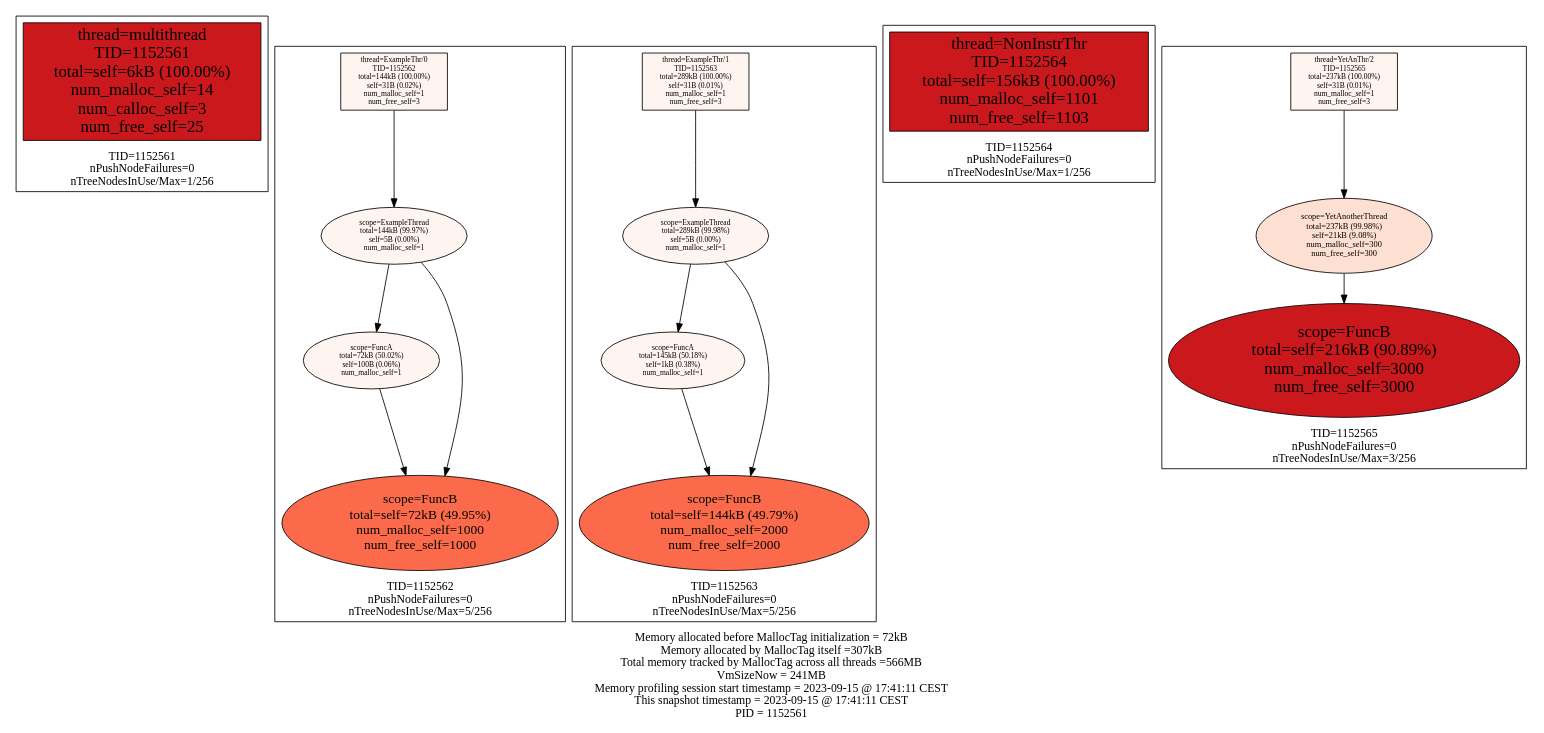
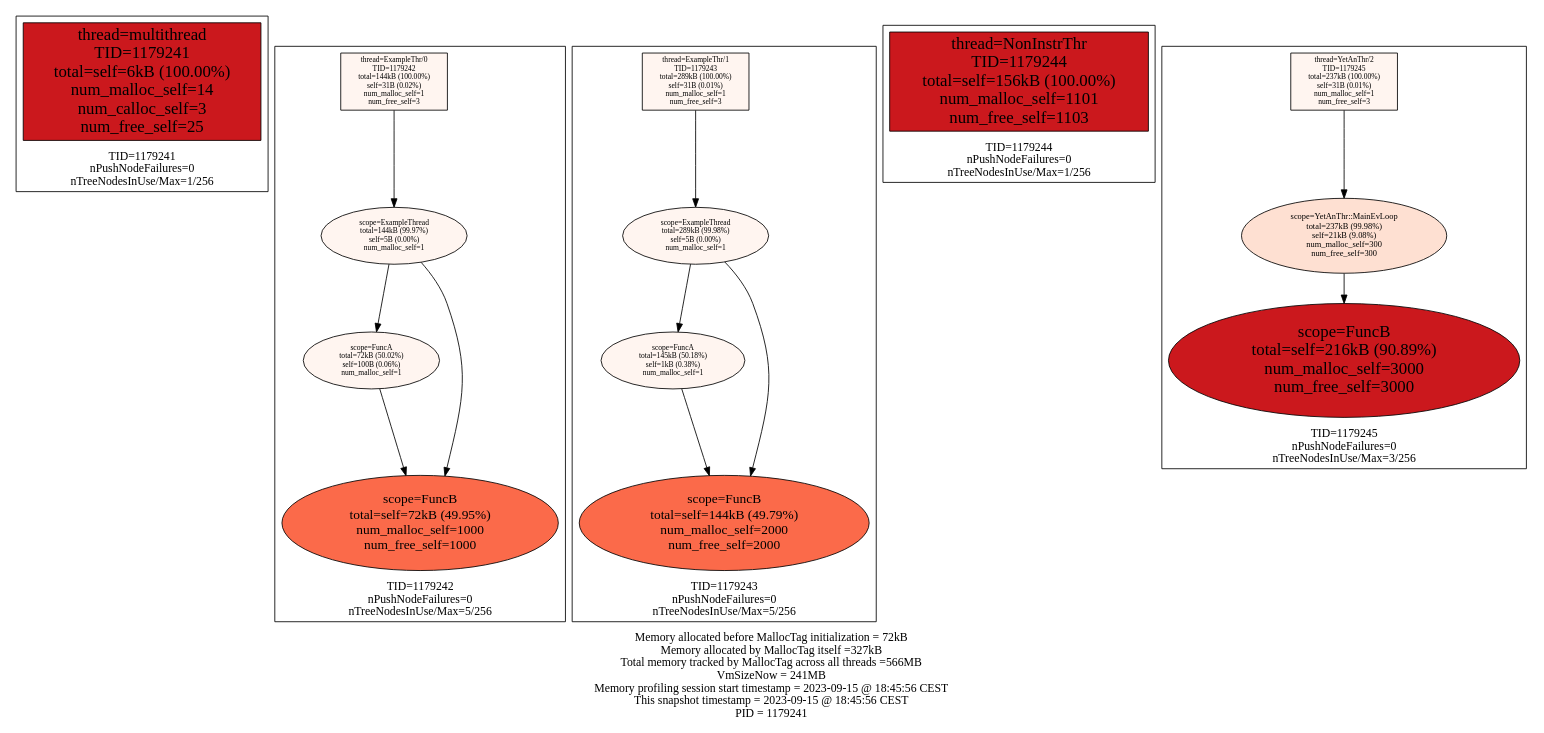
One commit to f18m/malloc-tag changed the diagram in examples/multithread/multithread_stats.dot. Above: the diagram before and after it, drawn with Graphviz. The commit also changed 8 other files, not shown here.

Commit message:
Add MallocTagScope handy ctor

```diff
--- a/examples/multithread/multithread_stats.dot
+++ b/examples/multithread/multithread_stats.dot
@@ -1,60 +1,60 @@
 digraph MallocTree {
  node [colorscheme=reds9 style=filled]
- subgraph cluster_TID1152561 {
+ subgraph cluster_TID1179241 {
   node [colorscheme=reds9 style=filled]
   labelloc="b"
-  label="TID=1152561\nnPushNodeFailures=0\nnTreeNodesInUse/Max=1/256\n"
-  "1152561_multithread" [label="thread=multithread\nTID=1152561\ntotal=self=6kB (100.00%)\nnum_malloc_self=14\nnum_calloc_self=3\nnum_free_self=25" shape=box fillcolor=7 fontsize=20]
+  label="TID=1179241\nnPushNodeFailures=0\nnTreeNodesInUse/Max=1/256\n"
+  "1179241_multithread" [label="thread=multithread\nTID=1179241\ntotal=self=6kB (100.00%)\nnum_malloc_self=14\nnum_calloc_self=3\nnum_free_self=25" shape=box fillcolor=7 fontsize=20]
  }
 
- subgraph cluster_TID1152562 {
+ subgraph cluster_TID1179242 {
   node [colorscheme=reds9 style=filled]
   labelloc="b"
-  label="TID=1152562\nnPushNodeFailures=0\nnTreeNodesInUse/Max=5/256\n"
-  "1152562_ExampleThr/0" [label="thread=ExampleThr/0\nTID=1152562\ntotal=144kB (100.00%)\nself=31B (0.02%)\nnum_malloc_self=1\nnum_free_self=3" shape=box fillcolor=1 fontsize=9]
-  "1152562_ExampleThr/0" -> "1152562_ExampleThread"
-  "1152562_ExampleThread" [label="scope=ExampleThread\ntotal=144kB (99.97%)\nself=5B (0.00%)\nnum_malloc_self=1" fillcolor=1 fontsize=9]
-  "1152562_ExampleThread" -> "1152562_FuncA"
-  "1152562_ExampleThread" -> "1152562_FuncB"
-  "1152562_FuncA" [label="scope=FuncA\ntotal=72kB (50.02%)\nself=100B (0.06%)\nnum_malloc_self=1" fillcolor=1 fontsize=9]
-  "1152562_FuncA" -> "1152562_FuncB"
-  "1152562_FuncB" [label="scope=FuncB\ntotal=self=72kB (49.95%)\nnum_malloc_self=1000\nnum_free_self=1000" fillcolor=5 fontsize=16]
-  "1152562_FuncB" [label="scope=FuncB\ntotal=self=72kB (49.95%)\nnum_malloc_self=1000\nnum_free_self=1000" fillcolor=5 fontsize=16]
+  label="TID=1179242\nnPushNodeFailures=0\nnTreeNodesInUse/Max=5/256\n"
+  "1179242_ExampleThr/0" [label="thread=ExampleThr/0\nTID=1179242\ntotal=144kB (100.00%)\nself=31B (0.02%)\nnum_malloc_self=1\nnum_free_self=3" shape=box fillcolor=1 fontsize=9]
+  "1179242_ExampleThr/0" -> "1179242_ExampleThread"
+  "1179242_ExampleThread" [label="scope=ExampleThread\ntotal=144kB (99.97%)\nself=5B (0.00%)\nnum_malloc_self=1" fillcolor=1 fontsize=9]
+  "1179242_ExampleThread" -> "1179242_FuncA"
+  "1179242_ExampleThread" -> "1179242_FuncB"
+  "1179242_FuncA" [label="scope=FuncA\ntotal=72kB (50.02%)\nself=100B (0.06%)\nnum_malloc_self=1" fillcolor=1 fontsize=9]
+  "1179242_FuncA" -> "1179242_FuncB"
+  "1179242_FuncB" [label="scope=FuncB\ntotal=self=72kB (49.95%)\nnum_malloc_self=1000\nnum_free_self=1000" fillcolor=5 fontsize=16]
+  "1179242_FuncB" [label="scope=FuncB\ntotal=self=72kB (49.95%)\nnum_malloc_self=1000\nnum_free_self=1000" fillcolor=5 fontsize=16]
  }
 
- subgraph cluster_TID1152563 {
+ subgraph cluster_TID1179243 {
   node [colorscheme=reds9 style=filled]
   labelloc="b"
-  label="TID=1152563\nnPushNodeFailures=0\nnTreeNodesInUse/Max=5/256\n"
-  "1152563_ExampleThr/1" [label="thread=ExampleThr/1\nTID=1152563\ntotal=289kB (100.00%)\nself=31B (0.01%)\nnum_malloc_self=1\nnum_free_self=3" shape=box fillcolor=1 fontsize=9]
-  "1152563_ExampleThr/1" -> "1152563_ExampleThread"
-  "1152563_ExampleThread" [label="scope=ExampleThread\ntotal=289kB (99.98%)\nself=5B (0.00%)\nnum_malloc_self=1" fillcolor=1 fontsize=9]
-  "1152563_ExampleThread" -> "1152563_FuncA"
-  "1152563_ExampleThread" -> "1152563_FuncB"
-  "1152563_FuncA" [label="scope=FuncA\ntotal=145kB (50.18%)\nself=1kB (0.38%)\nnum_malloc_self=1" fillcolor=1 fontsize=9]
-  "1152563_FuncA" -> "1152563_FuncB"
-  "1152563_FuncB" [label="scope=FuncB\ntotal=self=144kB (49.79%)\nnum_malloc_self=2000\nnum_free_self=2000" fillcolor=5 fontsize=16]
-  "1152563_FuncB" [label="scope=FuncB\ntotal=self=144kB (49.79%)\nnum_malloc_self=2000\nnum_free_self=2000" fillcolor=5 fontsize=16]
+  label="TID=1179243\nnPushNodeFailures=0\nnTreeNodesInUse/Max=5/256\n"
+  "1179243_ExampleThr/1" [label="thread=ExampleThr/1\nTID=1179243\ntotal=289kB (100.00%)\nself=31B (0.01%)\nnum_malloc_self=1\nnum_free_self=3" shape=box fillcolor=1 fontsize=9]
+  "1179243_ExampleThr/1" -> "1179243_ExampleThread"
+  "1179243_ExampleThread" [label="scope=ExampleThread\ntotal=289kB (99.98%)\nself=5B (0.00%)\nnum_malloc_self=1" fillcolor=1 fontsize=9]
+  "1179243_ExampleThread" -> "1179243_FuncA"
+  "1179243_ExampleThread" -> "1179243_FuncB"
+  "1179243_FuncA" [label="scope=FuncA\ntotal=145kB (50.18%)\nself=1kB (0.38%)\nnum_malloc_self=1" fillcolor=1 fontsize=9]
+  "1179243_FuncA" -> "1179243_FuncB"
+  "1179243_FuncB" [label="scope=FuncB\ntotal=self=144kB (49.79%)\nnum_malloc_self=2000\nnum_free_self=2000" fillcolor=5 fontsize=16]
+  "1179243_FuncB" [label="scope=FuncB\ntotal=self=144kB (49.79%)\nnum_malloc_self=2000\nnum_free_self=2000" fillcolor=5 fontsize=16]
  }
 
- subgraph cluster_TID1152564 {
+ subgraph cluster_TID1179244 {
   node [colorscheme=reds9 style=filled]
   labelloc="b"
-  label="TID=1152564\nnPushNodeFailures=0\nnTreeNodesInUse/Max=1/256\n"
-  "1152564_NonInstrThr" [label="thread=NonInstrThr\nTID=1152564\ntotal=self=156kB (100.00%)\nnum_malloc_self=1101\nnum_free_self=1103" shape=box fillcolor=7 fontsize=20]
+  label="TID=1179244\nnPushNodeFailures=0\nnTreeNodesInUse/Max=1/256\n"
+  "1179244_NonInstrThr" [label="thread=NonInstrThr\nTID=1179244\ntotal=self=156kB (100.00%)\nnum_malloc_self=1101\nnum_free_self=1103" shape=box fillcolor=7 fontsize=20]
  }
 
- subgraph cluster_TID1152565 {
+ subgraph cluster_TID1179245 {
   node [colorscheme=reds9 style=filled]
   labelloc="b"
-  label="TID=1152565\nnPushNodeFailures=0\nnTreeNodesInUse/Max=3/256\n"
-  "1152565_YetAnThr/2" [label="thread=YetAnThr/2\nTID=1152565\ntotal=237kB (100.00%)\nself=31B (0.01%)\nnum_malloc_self=1\nnum_free_self=3" shape=box fillcolor=1 fontsize=9]
-  "1152565_YetAnThr/2" -> "1152565_YetAnotherThread"
-  "1152565_YetAnotherThread" [label="scope=YetAnotherThread\ntotal=237kB (99.98%)\nself=21kB (9.08%)\nnum_malloc_self=300\nnum_free_self=300" fillcolor=2 fontsize=10]
-  "1152565_YetAnotherThread" -> "1152565_FuncB"
-  "1152565_FuncB" [label="scope=FuncB\ntotal=self=216kB (90.89%)\nnum_malloc_self=3000\nnum_free_self=3000" fillcolor=7 fontsize=20]
+  label="TID=1179245\nnPushNodeFailures=0\nnTreeNodesInUse/Max=3/256\n"
+  "1179245_YetAnThr/2" [label="thread=YetAnThr/2\nTID=1179245\ntotal=237kB (100.00%)\nself=31B (0.01%)\nnum_malloc_self=1\nnum_free_self=3" shape=box fillcolor=1 fontsize=9]
+  "1179245_YetAnThr/2" -> "1179245_YetAnThr::MainEvLoop"
+  "1179245_YetAnThr::MainEvLoop" [label="scope=YetAnThr::MainEvLoop\ntotal=237kB (99.98%)\nself=21kB (9.08%)\nnum_malloc_self=300\nnum_free_self=300" fillcolor=2 fontsize=10]
+  "1179245_YetAnThr::MainEvLoop" -> "1179245_FuncB"
+  "1179245_FuncB" [label="scope=FuncB\ntotal=self=216kB (90.89%)\nnum_malloc_self=3000\nnum_free_self=3000" fillcolor=7 fontsize=20]
  }
 
  labelloc="b"
- label="Memory allocated before MallocTag initialization = 72kB\nMemory allocated by MallocTag itself =307kB\nTotal memory tracked by MallocTag across all threads =566MB\nVmSizeNow = 241MB\nMemory profiling session start timestamp = 2023-09-15 @ 17:41:11 CEST\nThis snapshot timestamp = 2023-09-15 @ 17:41:11 CEST\nPID = 1152561\n"
+ label="Memory allocated before MallocTag initialization = 72kB\nMemory allocated by MallocTag itself =327kB\nTotal memory tracked by MallocTag across all threads =566MB\nVmSizeNow = 241MB\nMemory profiling session start timestamp = 2023-09-15 @ 18:45:56 CEST\nThis snapshot timestamp = 2023-09-15 @ 18:45:56 CEST\nPID = 1179241\n"
 }
```
